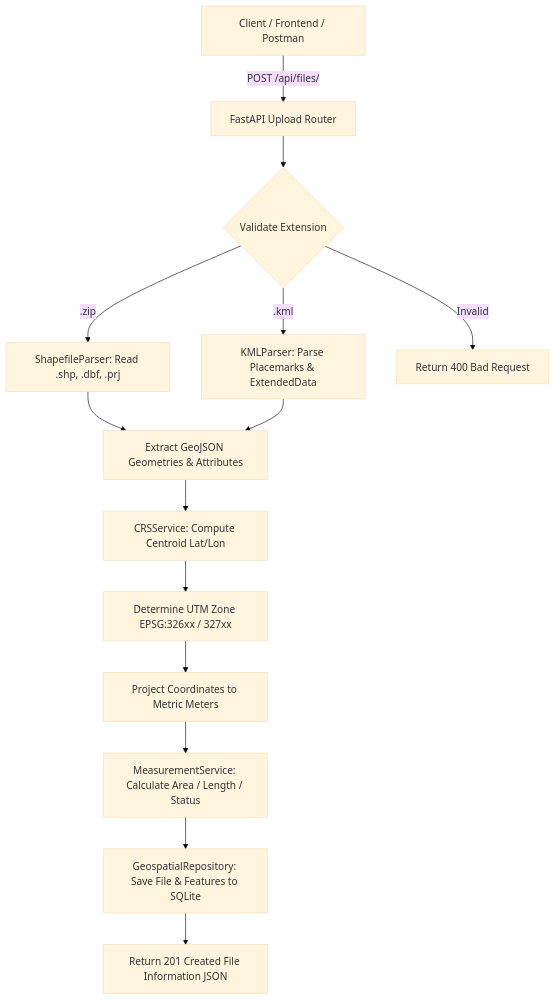
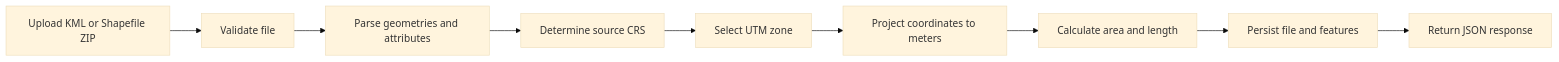
Before and after one commit to venkidev21/geospatial-measurement-api: the diagram in README.md, drawn with Mermaid (base theme). The commit also changed other lines of this file and 20 other files, not shown here.

````diff
--- a/README.md
+++ b/README.md
@@ -64,16 +35,11 @@
 ```mermaid
-flowchart TD
-    Client[Client / Frontend / Postman] -->|POST /api/files/| Router[FastAPI Upload Router]
-    Router --> FileCheck{Validate Extension}
-    FileCheck -->|.zip| ShpParser[ShapefileParser: Read .shp, .dbf, .prj]
-    FileCheck -->|.kml| KmlParser[KMLParser: Parse Placemarks & ExtendedData]
-    FileCheck -->|Invalid| Err[Return 400 Bad Request]
-    ShpParser --> FeatureList[Extract GeoJSON Geometries & Attributes]
-    KmlParser --> FeatureList
-    FeatureList --> CRSService[CRSService: Compute Centroid Lat/Lon]
-    CRSService --> UTMSelector[Determine UTM Zone EPSG:326xx / 327xx]
-    UTMSelector --> Projector[Project Coordinates to Metric Meters]
-    Projector --> MeasEngine[MeasurementService: Calculate Area / Length / Status]
-    MeasEngine --> Repo[GeospatialRepository: Save File & Features to SQLite]
-    Repo --> Res[Return 201 Created File Information JSON]
+flowchart LR
+    A[Upload KML or Shapefile ZIP] --> B[Validate file]
+    B --> C[Parse geometries and attributes]
+    C --> D[Determine source CRS]
+    D --> E[Select UTM zone]
+    E --> F[Project coordinates to meters]
+    F --> G[Calculate area and length]
+    G --> H[Persist file and features]
+    H --> I[Return JSON response]
 ```
````
